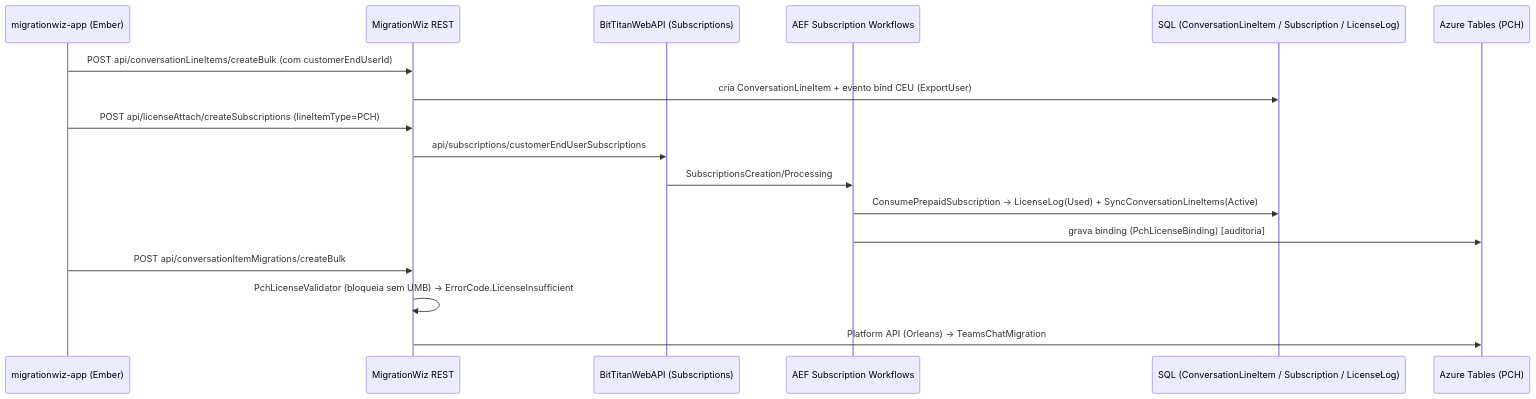
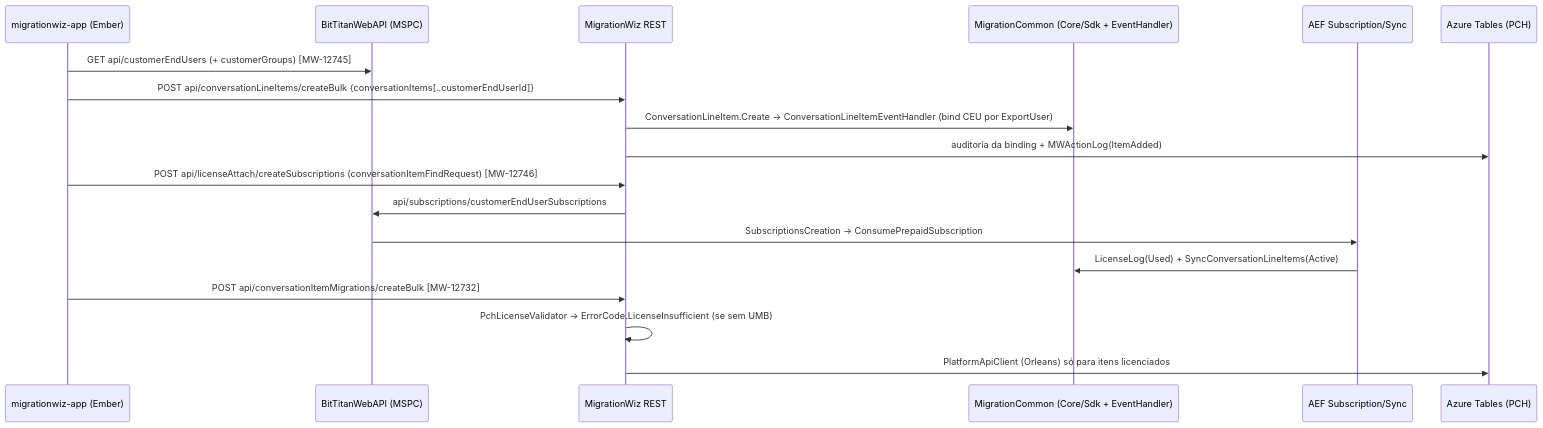
One commit to FelipeeSaM/Notas-obsidian changed the diagram in Geral/Saiborne/MigrationWiz/MW-12732/Scaffold_MigrationWiz_Feature1.md. Above: the diagram before and after it, drawn with Mermaid. The commit also changed other lines of this file and 1 other file, not shown here.

````diff
--- a/Geral/Saiborne/MigrationWiz/MW-12732/Scaffold_MigrationWiz_Feature1.md
+++ b/Geral/Saiborne/MigrationWiz/MW-12732/Scaffold_MigrationWiz_Feature1.md
@@ -171,19 +204,20 @@
 ```mermaid
 sequenceDiagram
   participant UI as migrationwiz-app (Ember)
+  participant BT as BitTitanWebAPI (MSPC)
   participant MW as MigrationWiz REST
-  participant BT as BitTitanWebAPI (Subscriptions)
-  participant AEF as AEF Subscription Workflows
-  participant DB as SQL (ConversationLineItem / Subscription / LicenseLog)
+  participant ORM as MigrationCommon (Core/Sdk + EventHandler)
+  participant AEF as AEF Subscription/Sync
   participant AT as Azure Tables (PCH)
-  UI->>MW: POST api/conversationLineItems/createBulk (com customerEndUserId)
-  MW->>DB: cria ConversationLineItem + evento bind CEU (ExportUser)
-  UI->>MW: POST api/licenseAttach/createSubscriptions (lineItemType=PCH)
+  UI->>BT: GET api/customerEndUsers (+ customerGroups)  [MW-12745]
+  UI->>MW: POST api/conversationLineItems/createBulk {conversationItems[..customerEndUserId]}
+  MW->>ORM: ConversationLineItem.Create → ConversationLineItemEventHandler (bind CEU por ExportUser)
+  MW->>AT: auditoria da binding + MWActionLog(ItemAdded)
+  UI->>MW: POST api/licenseAttach/createSubscriptions (conversationItemFindRequest)  [MW-12746]
   MW->>BT: api/subscriptions/customerEndUserSubscriptions
-  BT->>AEF: SubscriptionsCreation/Processing
-  AEF->>DB: ConsumePrepaidSubscription → LicenseLog(Used) + SyncConversationLineItems(Active)
-  AEF->>AT: grava binding (PchLicenseBinding) [auditoria]
-  UI->>MW: POST api/conversationItemMigrations/createBulk
-  MW->>MW: PchLicenseValidator (bloqueia sem UMB) → ErrorCode.LicenseInsufficient
-  MW->>AT: Platform API (Orleans) → TeamsChatMigration
+  BT->>AEF: SubscriptionsCreation → ConsumePrepaidSubscription
+  AEF->>ORM: LicenseLog(Used) + SyncConversationLineItems(Active)
+  UI->>MW: POST api/conversationItemMigrations/createBulk  [MW-12732]
+  MW->>MW: PchLicenseValidator → ErrorCode.LicenseInsufficient (se sem UMB)
+  MW->>AT: PlatformApiClient (Orleans) só para itens licenciados
 ```
````
